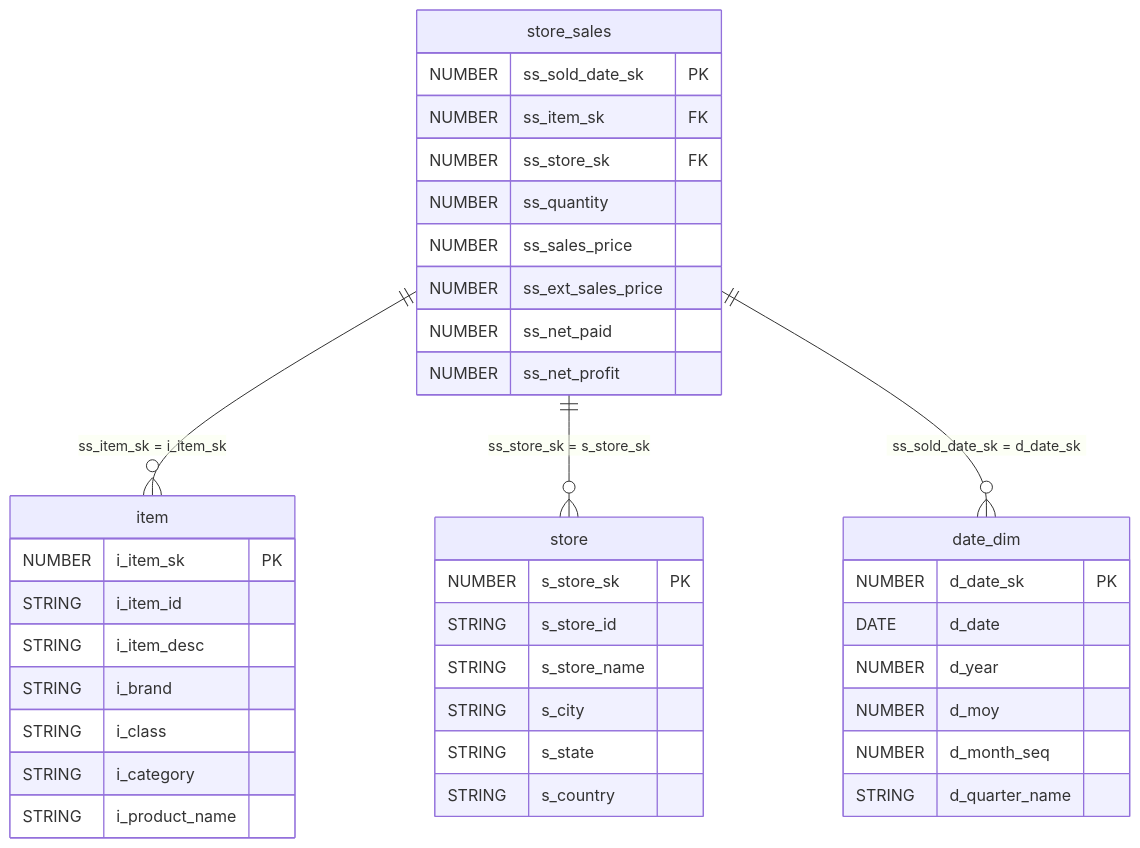
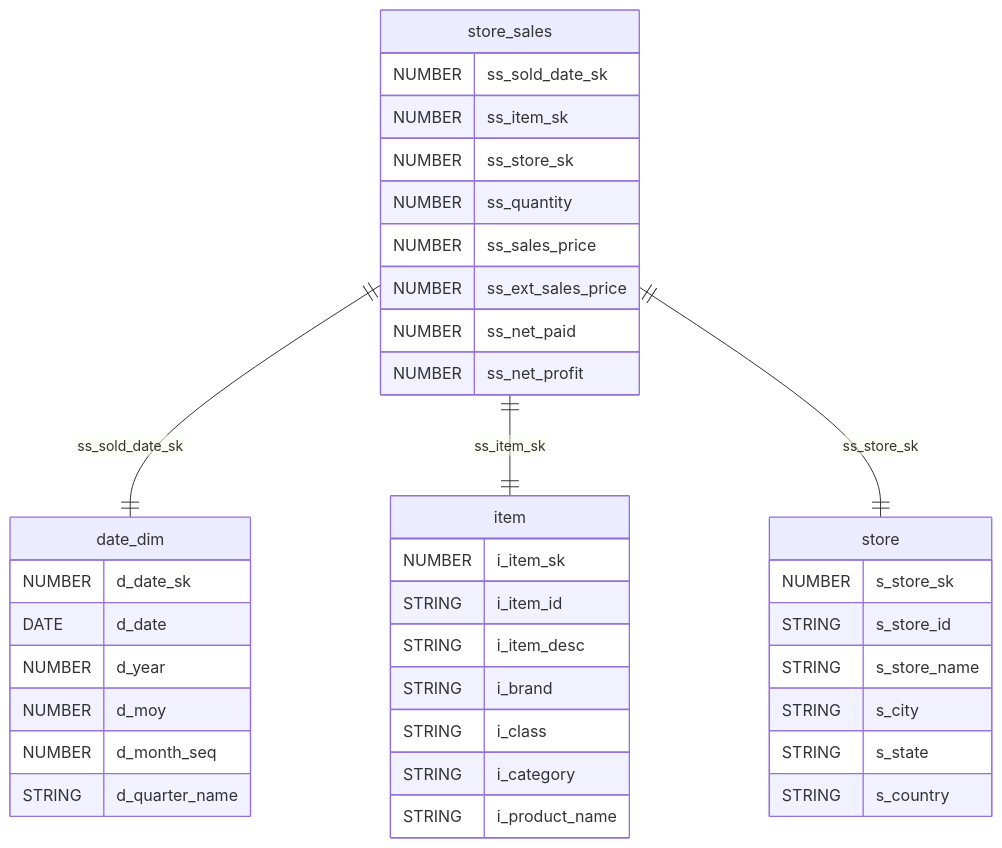
Before and after one commit to mrmaheshdattamishra-crypto/etl-scripts: the first of 3 diagrams in agentic-code/monthly_sales_star_schema/README.md, drawn with Mermaid. The commit also changed other lines of this file, not shown here.

First line of the commit message:
Add comprehensive ETL design document for monthly sales star schema

````diff
--- a/agentic-code/monthly_sales_star_schema/README.md
+++ b/agentic-code/monthly_sales_star_schema/README.md
@@ -78,45 +76,45 @@
 ```mermaid
 erDiagram
     store_sales {
-        NUMBER ss_sold_date_sk PK
-        NUMBER ss_item_sk FK
-        NUMBER ss_store_sk FK
+        NUMBER ss_sold_date_sk
+        NUMBER ss_item_sk
+        NUMBER ss_store_sk
         NUMBER ss_quantity
         NUMBER ss_sales_price
         NUMBER ss_ext_sales_price
         NUMBER ss_net_paid
         NUMBER ss_net_profit
     }
     
     item {
-        NUMBER i_item_sk PK
+        NUMBER i_item_sk
         STRING i_item_id
         STRING i_item_desc
         STRING i_brand
         STRING i_class
         STRING i_category
         STRING i_product_name
     }
     
     store {
-        NUMBER s_store_sk PK
+        NUMBER s_store_sk
         STRING s_store_id
         STRING s_store_name
         STRING s_city
         STRING s_state
         STRING s_country
     }
     
     date_dim {
-        NUMBER d_date_sk PK
+        NUMBER d_date_sk
         DATE d_date
         NUMBER d_year
         NUMBER d_moy
         NUMBER d_month_seq
         STRING d_quarter_name
     }
     
-    store_sales ||--o{ item : "ss_item_sk = i_item_sk"
-    store_sales ||--o{ store : "ss_store_sk = s_store_sk"
-    store_sales ||--o{ date_dim : "ss_sold_date_sk = d_date_sk"
+    store_sales ||--|| date_dim : ss_sold_date_sk
+    store_sales ||--|| item : ss_item_sk
+    store_sales ||--|| store : ss_store_sk
 ```
````
